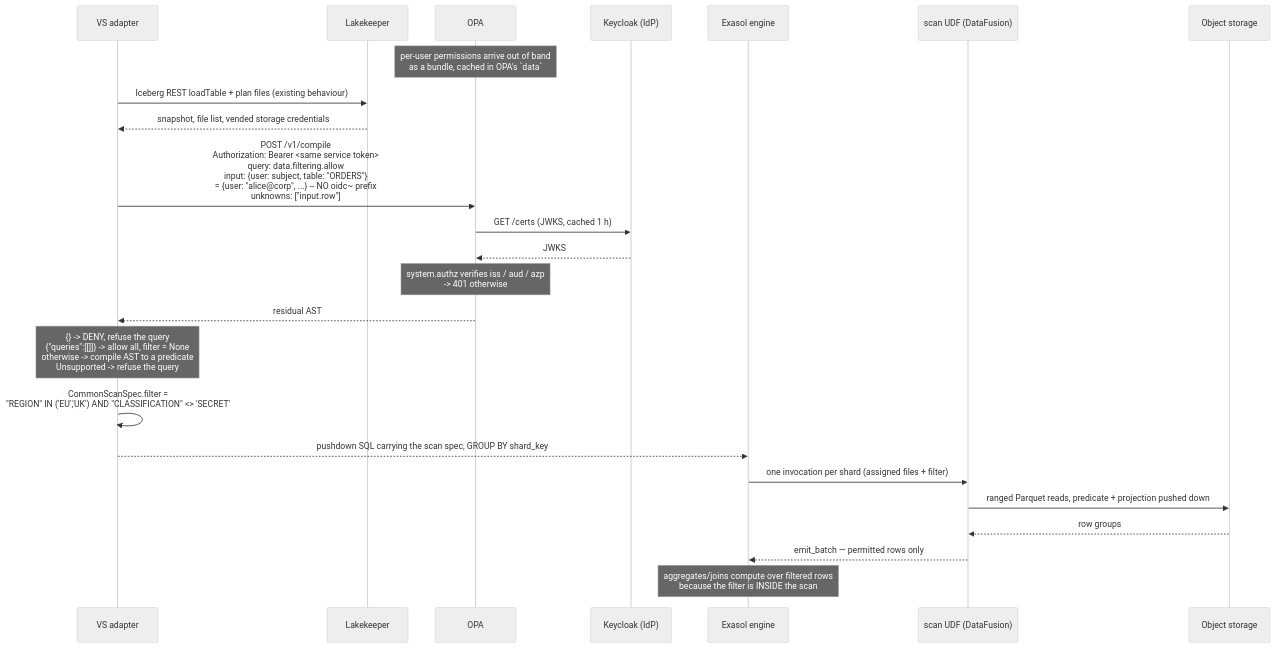
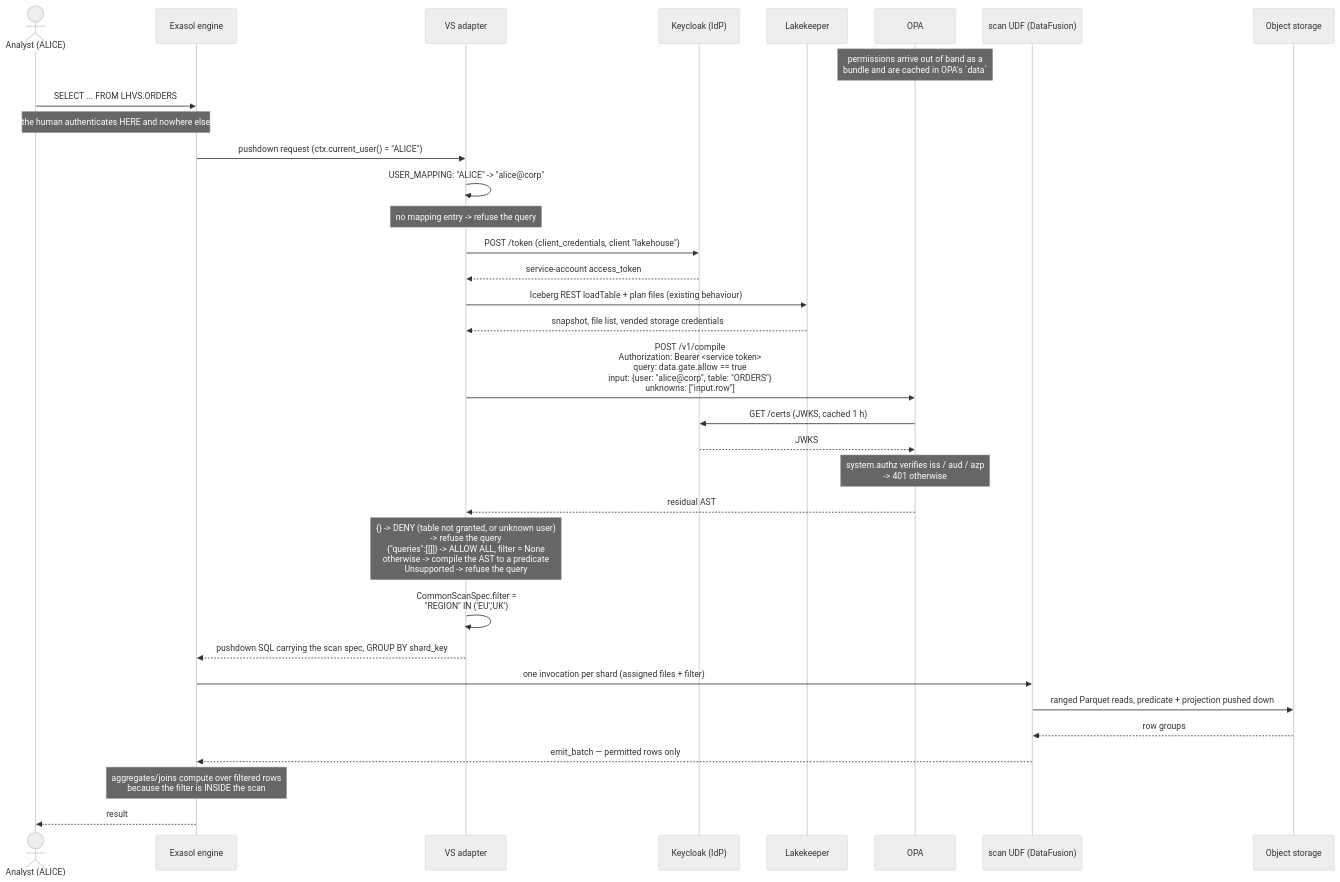
The first of 2 diagrams in spikes/opa-row-filtering/README.md (exasol-labs/lakehouse-engine-rs), drawn with Mermaid (neutral theme) before and after one commit. The commit also changed other lines of this file and 9 other files, not shown here.

First line of the commit message:
spike(opa): scope to OPA-only, park the Lakekeeper table gate

````diff
--- a/spikes/opa-row-filtering/README.md
+++ b/spikes/opa-row-filtering/README.md
@@ -1265,27 +1178,36 @@
 ```mermaid
 sequenceDiagram
+    actor U as Analyst (ALICE)
+    participant EX as Exasol engine
     participant VS as VS adapter
+    participant IDP as Keycloak (IdP)
     participant LK as Lakekeeper
     participant OPA as OPA
-    participant IDP as Keycloak (IdP)
-    participant EX as Exasol engine
     participant UDF as scan UDF (DataFusion)
     participant S3 as Object storage
 
-    Note over OPA: per-user permissions arrive out of band<br/>as a bundle, cached in OPA's `data`
+    Note over OPA: permissions arrive out of band as a<br/>bundle and are cached in OPA's `data`
+    U->>EX: SELECT ... FROM LHVS.ORDERS
+    Note over U,EX: the human authenticates HERE and nowhere else
+    EX->>VS: pushdown request (ctx.current_user() = "ALICE")
+    VS->>VS: USER_MAPPING: "ALICE" -> "alice@corp"
+    Note over VS: no mapping entry -> refuse the query
+    VS->>IDP: POST /token (client_credentials, client "lakehouse")
+    IDP-->>VS: service-account access_token
     VS->>LK: Iceberg REST loadTable + plan files (existing behaviour)
     LK-->>VS: snapshot, file list, vended storage credentials
-    VS->>OPA: POST /v1/compile<br/>Authorization: Bearer <same service token><br/>query: data.filtering.allow<br/>input: {user: subject, table: "ORDERS"}<br/>= {user: "alice@corp", ...} -- NO oidc~ prefix<br/>unknowns: ["input.row"]
+    VS->>OPA: POST /v1/compile<br/>Authorization: Bearer <service token><br/>query: data.gate.allow == true<br/>input: {user: "alice@corp", table: "ORDERS"}<br/>unknowns: ["input.row"]
     OPA->>IDP: GET /certs (JWKS, cached 1 h)
     IDP-->>OPA: JWKS
     Note over OPA: system.authz verifies iss / aud / azp<br/>-> 401 otherwise
     OPA-->>VS: residual AST
-    Note over VS: {} -> DENY, refuse the query<br/>{"queries":[[]]} -> allow all, filter = None<br/>otherwise -> compile AST to a predicate<br/>Unsupported -> refuse the query
-    VS->>VS: CommonScanSpec.filter =<br/>"REGION" IN ('EU','UK') AND "CLASSIFICATION" <> 'SECRET'
+    Note over VS: {} -> DENY (table not granted, or unknown user)<br/>   -> refuse the query<br/>{"queries":[[]]} -> ALLOW ALL, filter = None<br/>otherwise -> compile the AST to a predicate<br/>Unsupported -> refuse the query
+    VS->>VS: CommonScanSpec.filter =<br/>"REGION" IN ('EU','UK')
     VS-->>EX: pushdown SQL carrying the scan spec, GROUP BY shard_key
     EX->>UDF: one invocation per shard (assigned files + filter)
     UDF->>S3: ranged Parquet reads, predicate + projection pushed down
     S3-->>UDF: row groups
     UDF-->>EX: emit_batch — permitted rows only
     Note over EX: aggregates/joins compute over filtered rows<br/>because the filter is INSIDE the scan
+    EX-->>U: result
 ```
````
